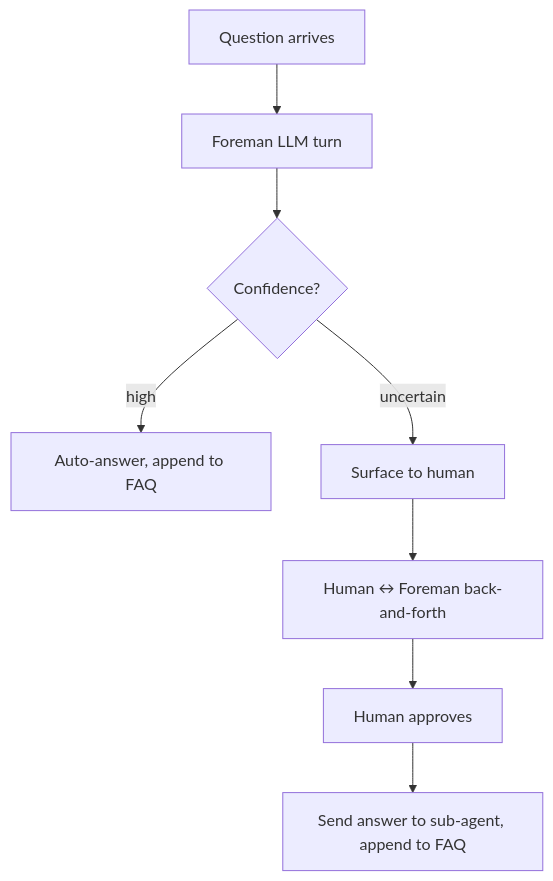
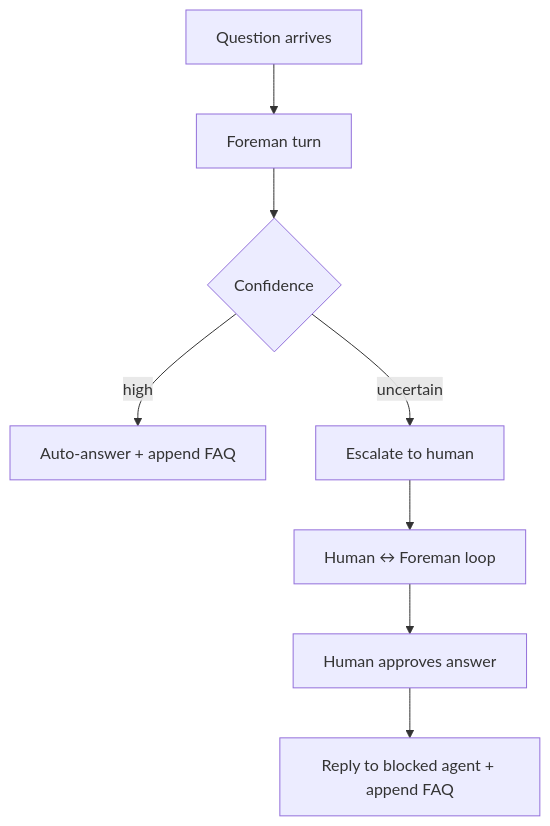
The second of 2 diagrams in docs/05-orchestration.md (beeemT/substrate), drawn with Mermaid before and after one commit. The commit also changed other lines of this file and 11 other files, not shown here.

````diff
--- a/docs/05-orchestration.md
+++ b/docs/05-orchestration.md
@@ -297,10 +147,10 @@
 ```mermaid
 flowchart TD
-    Q[Question arrives] --> Foreman[Foreman LLM turn]
-    Foreman --> Conf{Confidence?}
-    Conf -->|high| Auto[Auto-answer, append to FAQ]
-    Conf -->|uncertain| Human[Surface to human]
-    Human --> Loop[Human ↔ Foreman back-and-forth]
-    Loop --> Approve[Human approves]
-    Approve --> Forward[Send answer to sub-agent, append to FAQ]
+    Q[Question arrives] --> F[Foreman turn]
+    F --> C{Confidence}
+    C -->|high| A[Auto-answer + append FAQ]
+    C -->|uncertain| H[Escalate to human]
+    H --> L[Human ↔ Foreman loop]
+    L --> P[Human approves answer]
+    P --> R[Reply to blocked agent + append FAQ]
 ```
````
